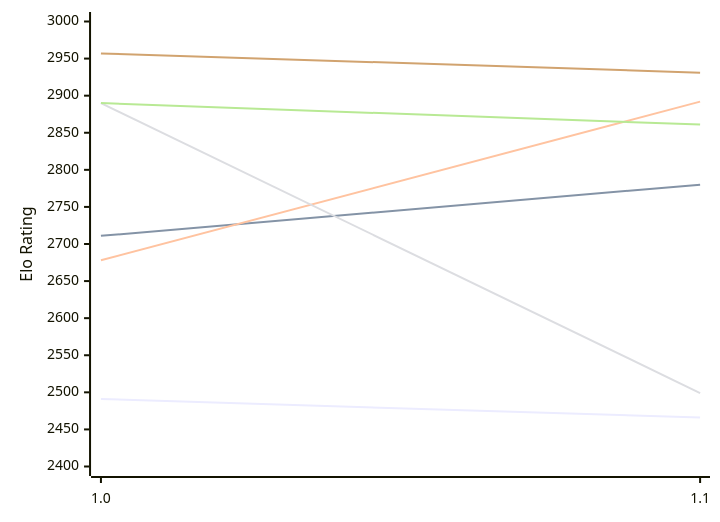
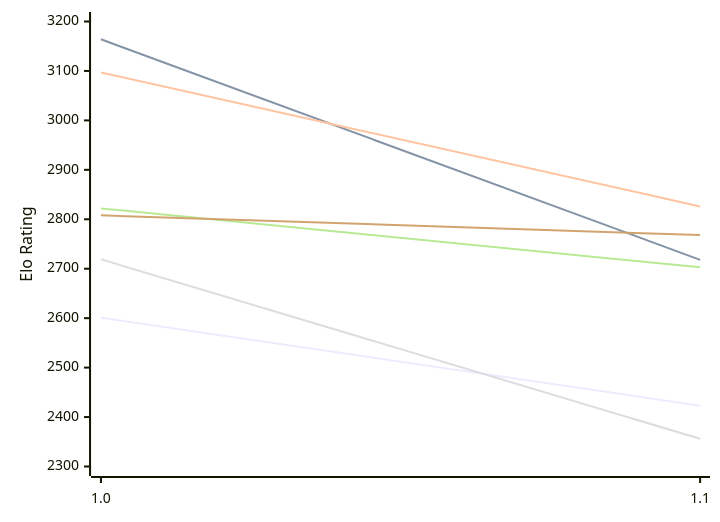
The first of 2 diagrams in engines/Publius.md (computer-chess-index/cci), drawn with Mermaid before and after one commit. The commit also changed other lines of this file, not shown here.

Commit message:
Update CCI Ratings (ELO VLTC) - 2026-11-13

````diff
--- a/engines/Publius.md
+++ b/engines/Publius.md
@@ -50,12 +50,12 @@
 ```mermaid
 %%{init: {"theme":"base","themeVariables":{"seriesColors:['#a3a3a3','#222221','#faa371']}}}%%
 xychart-beta
   x-axis ["1.0", "1.1"]
-  y-axis "Elo Rating" 2400 --> 3000
-  line "E1: STC (8.0+0.08s)" [2491, 2466]
-  line "E1: LTC (60.0+0.60s)" [2711, 2780]
-  line "E1: VLTC (2m24s+1.12s)" [2678, 2892]
-  line "P1: STC (8.0+0.08s)" [2890, 2499]
-  line "P1: LTC (60.0+0.60s)" [2890, 2861]
-  line "P1: VLTC (2m24s+1.12s)" [2957, 2931]
+  y-axis "Elo Rating" 2300 --> 3200
+  line "E1: STC (8.0+0.08s)" [2601, 2423]
+  line "E1: LTC (60.0+0.60s)" [3164, 2718]
+  line "E1: VLTC (2m24s+1.12s)" [3097, 2826]
+  line "P1: STC (8.0+0.08s)" [2719, 2356]
+  line "P1: LTC (60.0+0.60s)" [2822, 2703]
+  line "P1: VLTC (2m24s+1.12s)" [2808, 2768]
 ```
````
